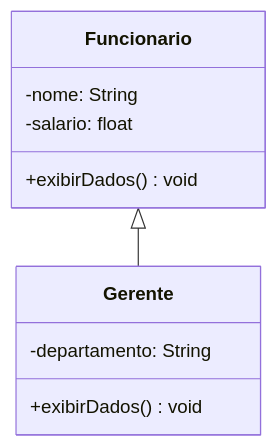
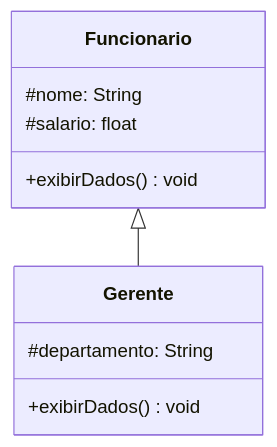
One commit to henryzord/softwareEngineering changed the seventh of 7 diagrams in capitulos/UML.md. Above: the diagram before and after it, drawn with Mermaid.

Commit message:
Update attribute visibility in UML class diagram
Changed visibility of attributes in Funcionario and Gerente classes from private to protected.

````diff
--- a/capitulos/UML.md
+++ b/capitulos/UML.md
@@ -317,16 +317,16 @@
    ```mermaid
     classDiagram
         class Funcionario {
-        -nome: String 
-        -salario: float
+        #nome: String 
+        #salario: float
         +exibirDados() void
     }
     
     class Gerente {
-        -departamento: String 
+        #departamento: String 
    
         +exibirDados() void 
     }
     
     Funcionario <|-- Gerente
    ```
````
